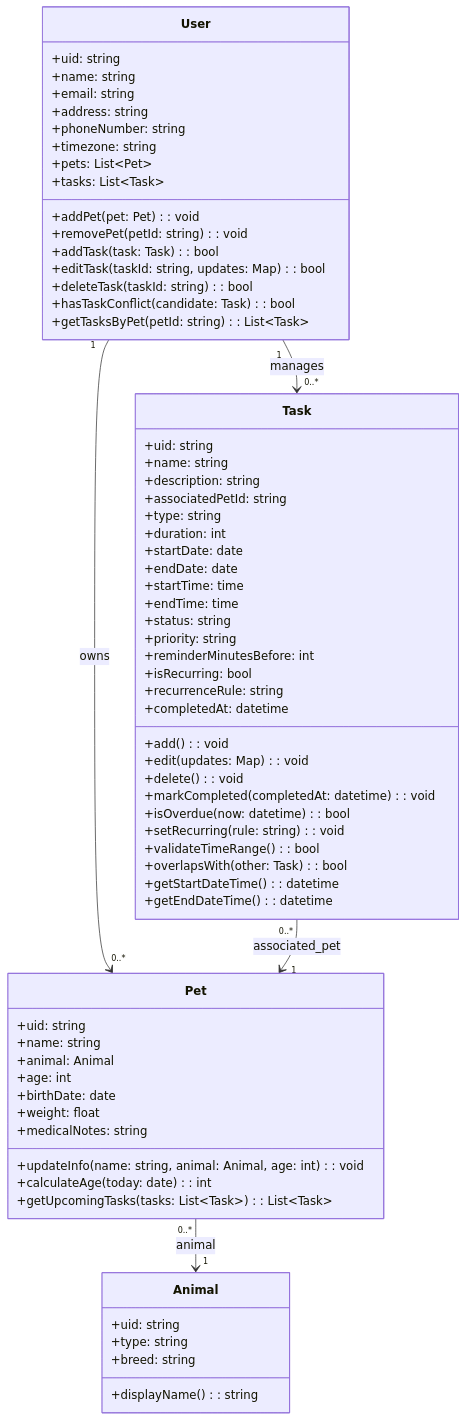
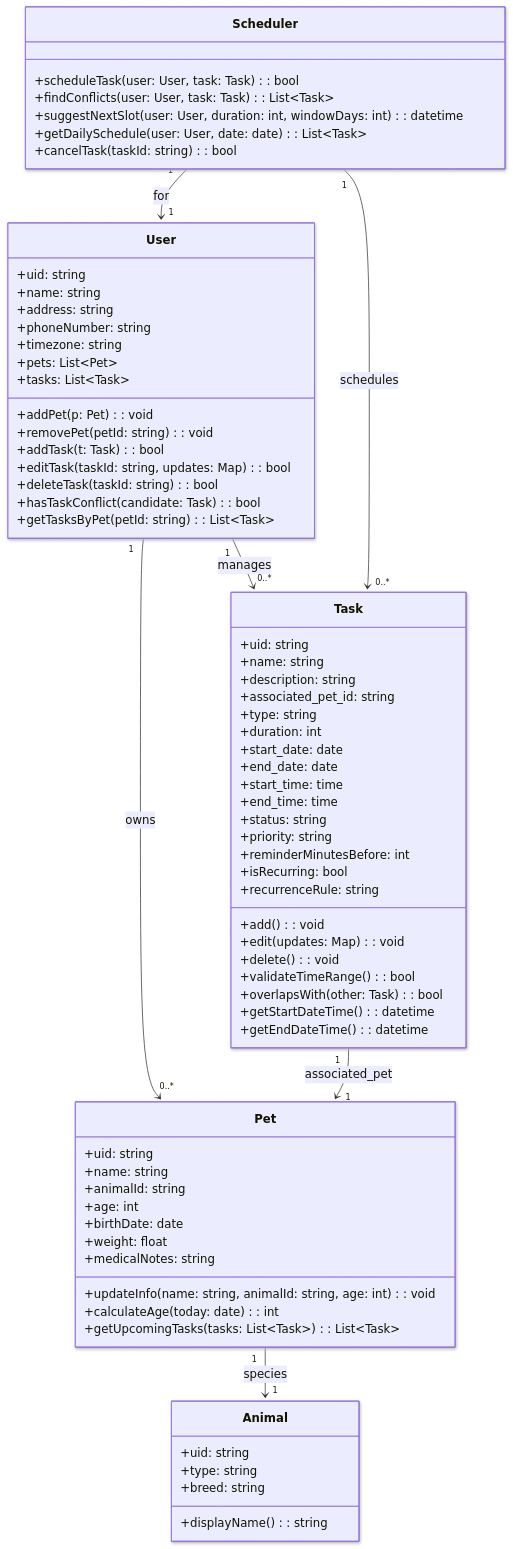
The diagram in class-diagram.mmd (jelo-ca/ai110-project2-pawpal), drawn with Mermaid before and after one commit. The commit also changed 3 other files, not shown here.

Commit message:
doc: revised diagrams and objects

```diff
--- a/class-diagram.mmd
+++ b/class-diagram.mmd
@@ -1,72 +1,82 @@
+---
+config:
+  look: neo
+  theme: mc
+---
 classDiagram
     class User {
         +uid: string
         +name: string
-        +email: string
         +address: string
         +phoneNumber: string
         +timezone: string
         +pets: List~Pet~
         +tasks: List~Task~
-        +addPet(pet: Pet): void
+        +addPet(p: Pet): void
         +removePet(petId: string): void
-        +addTask(task: Task): bool
+        +addTask(t: Task): bool
         +editTask(taskId: string, updates: Map): bool
         +deleteTask(taskId: string): bool
         +hasTaskConflict(candidate: Task): bool
         +getTasksByPet(petId: string): List~Task~
     }
 
     class Pet {
         +uid: string
         +name: string
-        +animal: Animal
+        +animalId: string
         +age: int
         +birthDate: date
         +weight: float
         +medicalNotes: string
-        +updateInfo(name: string, animal: Animal, age: int): void
+        +updateInfo(name: string, animalId: string, age: int): void
         +calculateAge(today: date): int
         +getUpcomingTasks(tasks: List~Task~): List~Task~
     }
 
     class Animal {
         +uid: string
         +type: string
         +breed: string
         +displayName(): string
     }
 
     class Task {
         +uid: string
         +name: string
         +description: string
-        +associatedPetId: string
+        +associated_pet_id: string
         +type: string
         +duration: int
-        +startDate: date
-        +endDate: date
-        +startTime: time
-        +endTime: time
+        +start_date: date
+        +end_date: date
+        +start_time: time
+        +end_time: time
         +status: string
         +priority: string
         +reminderMinutesBefore: int
         +isRecurring: bool
         +recurrenceRule: string
-        +completedAt: datetime
         +add(): void
         +edit(updates: Map): void
         +delete(): void
-        +markCompleted(completedAt: datetime): void
-        +isOverdue(now: datetime): bool
-        +setRecurring(rule: string): void
         +validateTimeRange(): bool
         +overlapsWith(other: Task): bool
         +getStartDateTime(): datetime
         +getEndDateTime(): datetime
     }
 
+    class Scheduler {
+        +scheduleTask(user: User, task: Task): bool
+        +findConflicts(user: User, task: Task): List~Task~
+        +suggestNextSlot(user: User, duration: int, windowDays: int): datetime
+        +getDailySchedule(user: User, date: date): List~Task~
+        +cancelTask(taskId: string): bool
+    }
+
     User "1" --> "0..*" Pet : owns
     User "1" --> "0..*" Task : manages
-    Pet "0..*" --> "1" Animal : animal
-    Task "0..*" --> "1" Pet : associated_pet
+    Pet "1" --> "1" Animal : species
+    Task "1" --> "1" Pet : associated_pet
+    Scheduler "1" --> "0..*" Task : schedules
+    Scheduler "1" --> "1" User : for
```
